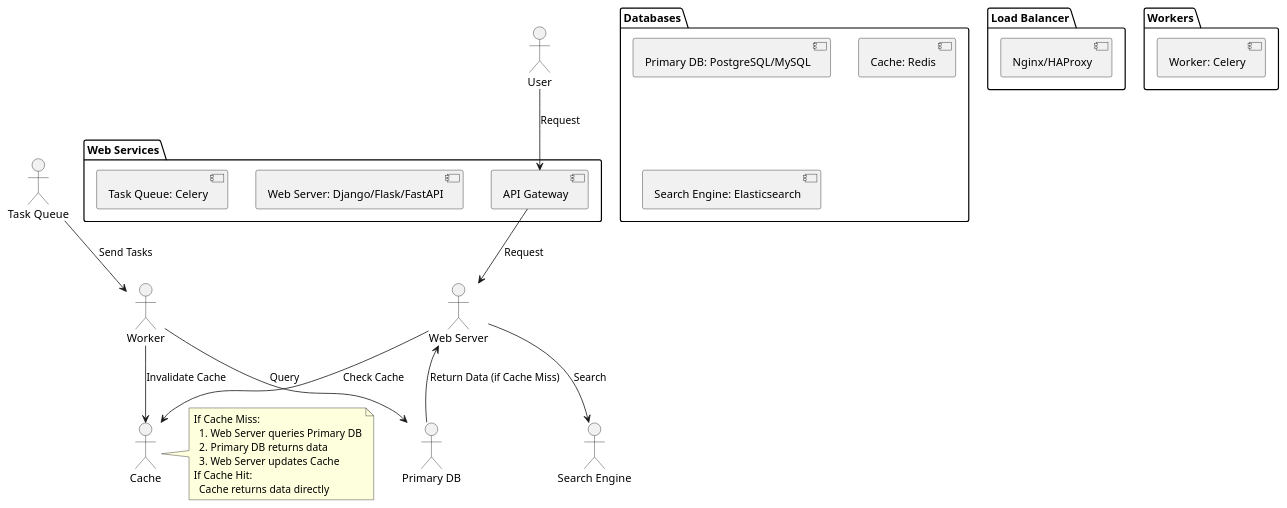
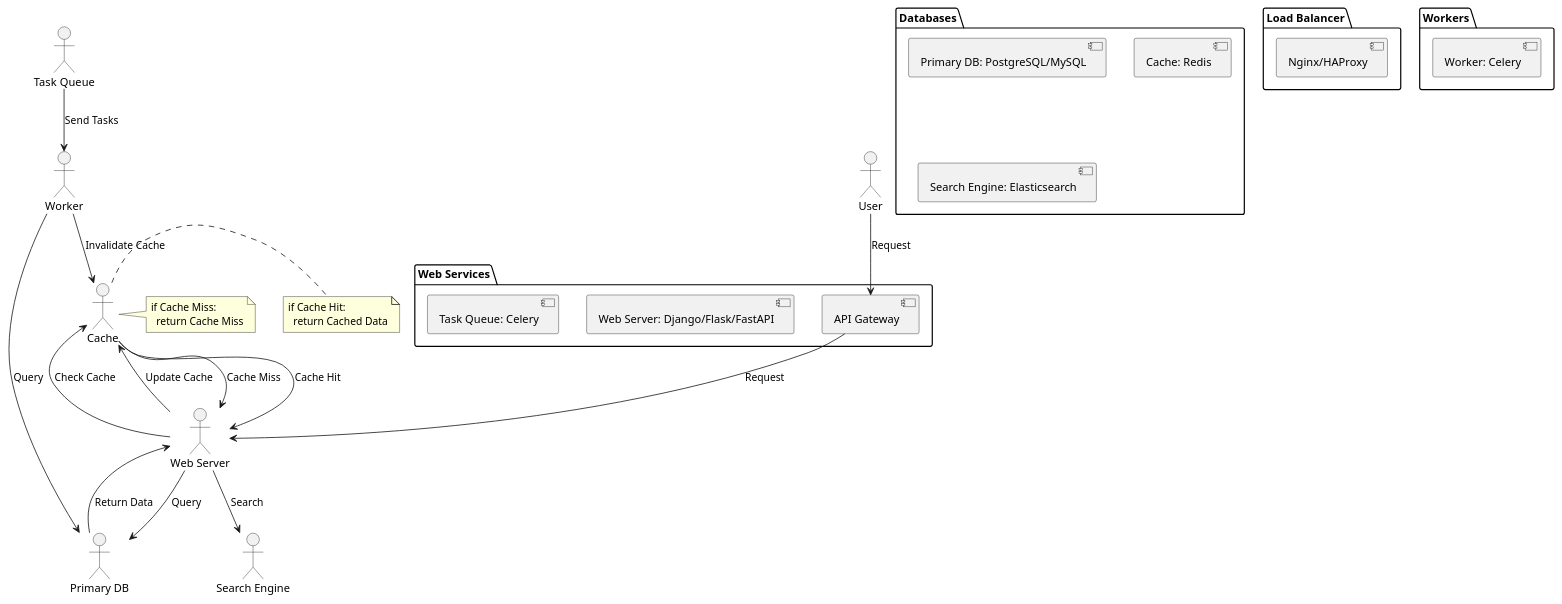
The diagram in high_traffic_calendar/high_traffic_calendar_backend_architecture.puml (huangyingw/system_design), drawn with PlantUML before and after one commit.

```diff
--- a/high_traffic_calendar/high_traffic_calendar_backend_architecture.puml
+++ b/high_traffic_calendar/high_traffic_calendar_backend_architecture.puml
@@ -1,42 +1,46 @@
 @startuml
 
 package "Web Services" {
   [API Gateway]
   [Web Server: Django/Flask/FastAPI]
   [Task Queue: Celery]
 }
 
 package "Databases" {
   [Primary DB: PostgreSQL/MySQL]
   [Cache: Redis]
   [Search Engine: Elasticsearch]
 }
 
 package "Load Balancer" {
   [Nginx/HAProxy]
 }
 
 package "Workers" {
   [Worker: Celery]
 }
 
 actor User
 
 User --> "API Gateway": Request
 "API Gateway" --> "Web Server": Request
 "Web Server" --> "Cache": Check Cache
 note right of "Cache"
-  If Cache Miss:
-    1. Web Server queries Primary DB
-    2. Primary DB returns data
-    3. Web Server updates Cache
-  If Cache Hit:
-    Cache returns data directly
+  if Cache Miss:
+    return Cache Miss
 end note
-"Web Server" <-- "Primary DB": Return Data (if Cache Miss)
+"Cache" --> "Web Server": Cache Miss
+"Web Server" --> "Primary DB": Query
+"Primary DB" --> "Web Server": Return Data
+"Web Server" --> "Cache": Update Cache
+note right of "Cache"
+  if Cache Hit:
+    return Cached Data
+end note
+"Cache" --> "Web Server": Cache Hit
 "Web Server" --> "Search Engine": Search
 "Task Queue" --> "Worker": Send Tasks
 "Worker" --> "Primary DB": Query
 "Worker" --> "Cache": Invalidate Cache
 
 @enduml
```
